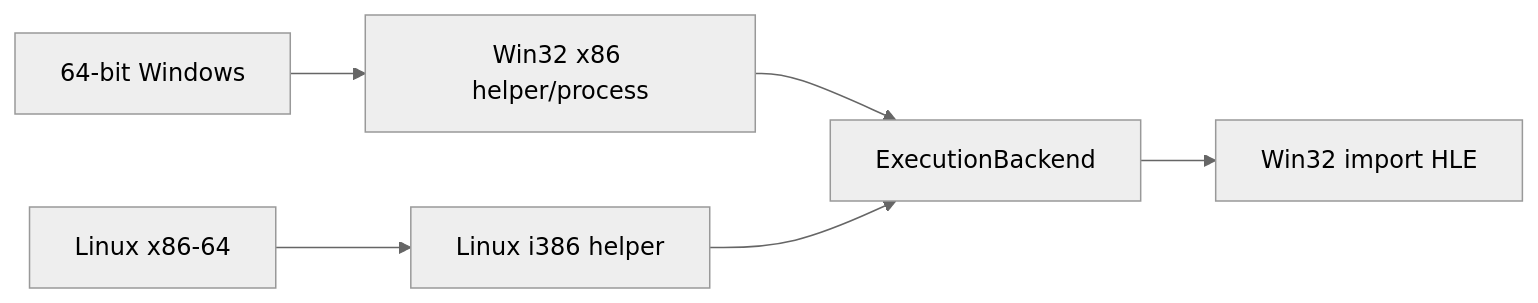
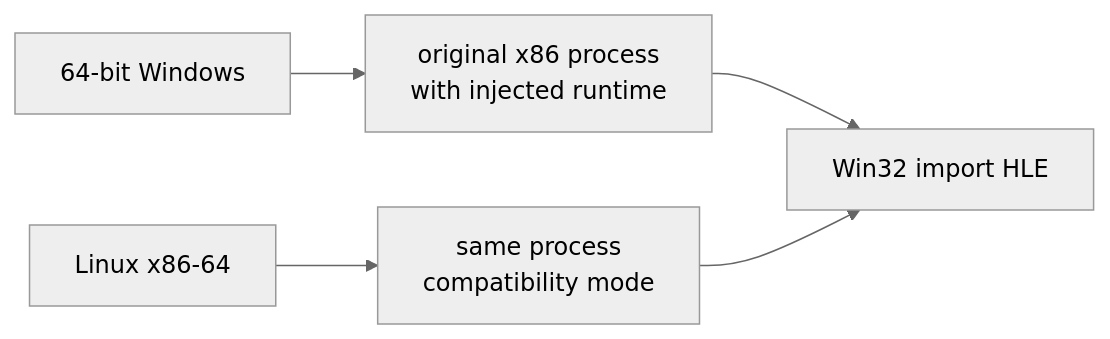
One commit to nworkers/re2DJ changed the diagram in docs/kb/x86-32-guest-on-64-bit-host.md. Above: the diagram before and after it, drawn with Mermaid (neutral theme). The commit also changed other lines of this file and 224 other files, not shown here.

First line of the commit message:
Carry the Linux 4th into WinMain and DirectDraw with a shared DirectX core

````diff
--- a/docs/kb/x86-32-guest-on-64-bit-host.md
+++ b/docs/kb/x86-32-guest-on-64-bit-host.md
@@ -22,8 +22,7 @@
 ```mermaid
 flowchart LR
-    W["64-bit Windows"] --> H["Win32 x86 helper/process"]
-    L["Linux x86-64"] --> I["Linux i386 helper"]
-    H --> B["ExecutionBackend"]
-    I --> B
-    B --> G["Win32 import HLE"]
+    W["64-bit Windows"] --> H["original x86 process<br/>with injected runtime"]
+    L["Linux x86-64"] --> I["same process<br/>compatibility mode"]
+    H --> G["Win32 import HLE"]
+    I --> G
 ```
````
